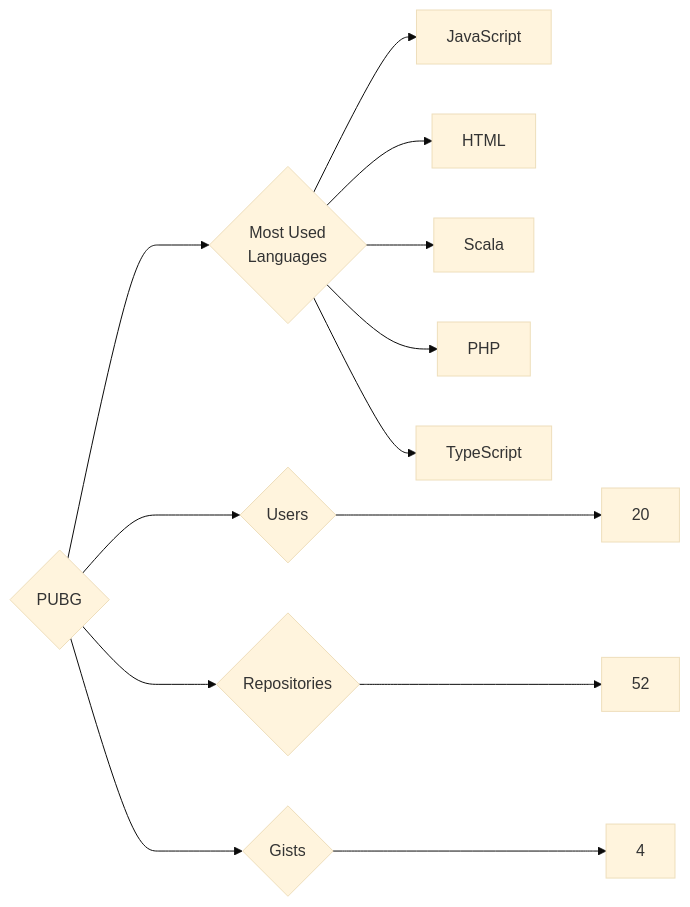
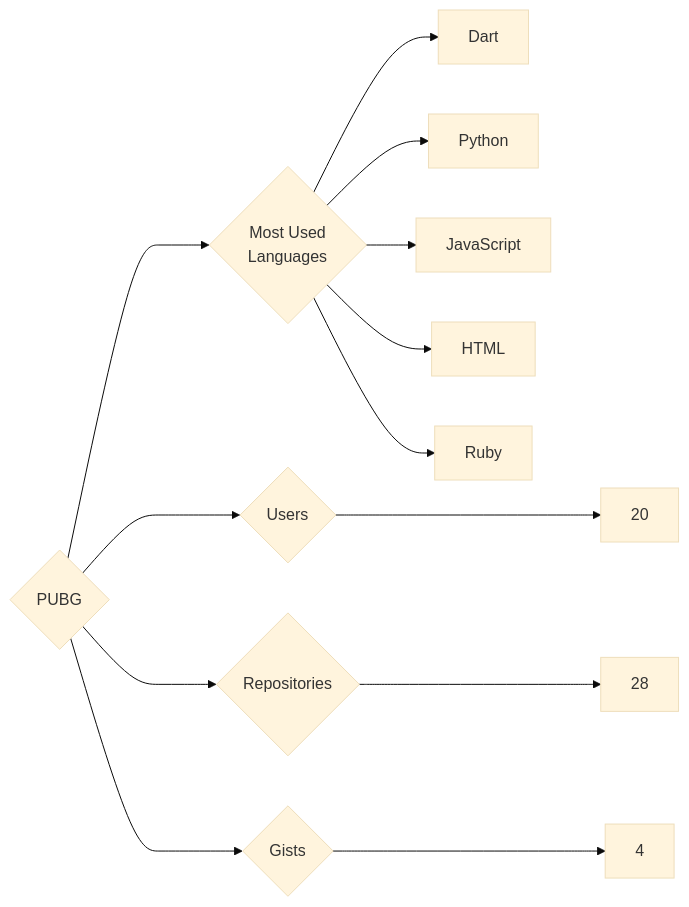
One commit to trickest/insiders changed the diagram in targets/PUBG/README.md. Above: the diagram before and after it, drawn with Mermaid (base theme). The commit also changed 860 other files, not shown here.

````diff
--- a/targets/PUBG/README.md
+++ b/targets/PUBG/README.md
@@ -3,13 +3,13 @@
 ```mermaid
 graph LR
 COMPANY_NAME{PUBG}
 COMPANY_NAME ---> U{Users} ---> UN[20]
-COMPANY_NAME ---> R{Repositories} ---> RN[52]
+COMPANY_NAME ---> R{Repositories} ---> RN[28]
 COMPANY_NAME ---> G{Gists} ---> GN[4]
 COMPANY_NAME ---> ML{Most Used<br>Languages}
+ML --> Dart[Dart]
+ML --> Python[Python]
 ML --> JavaScript[JavaScript]
 ML --> HTML[HTML]
-ML --> Scala[Scala]
-ML --> PHP[PHP]
-ML --> TypeScript[TypeScript]
+ML --> Ruby[Ruby]
 ```
````
